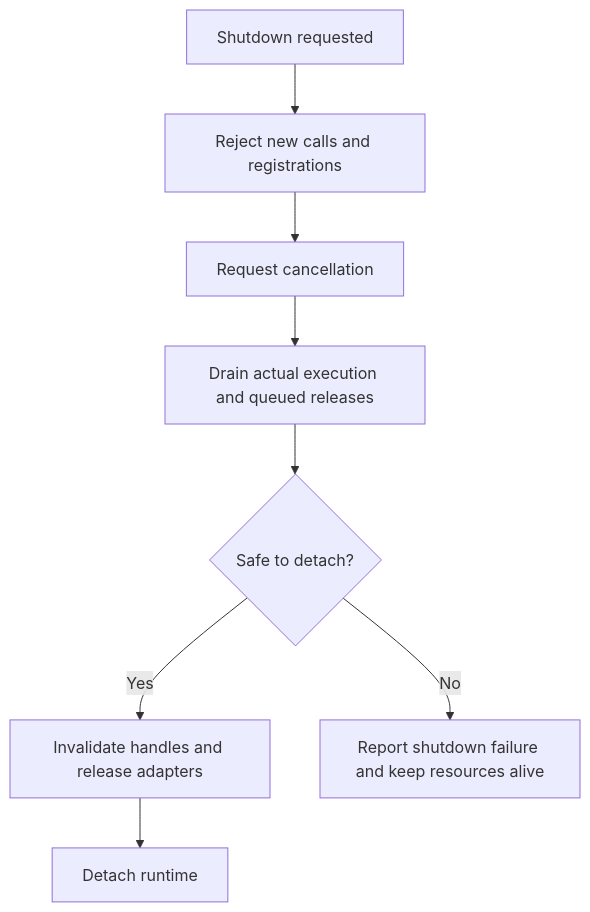
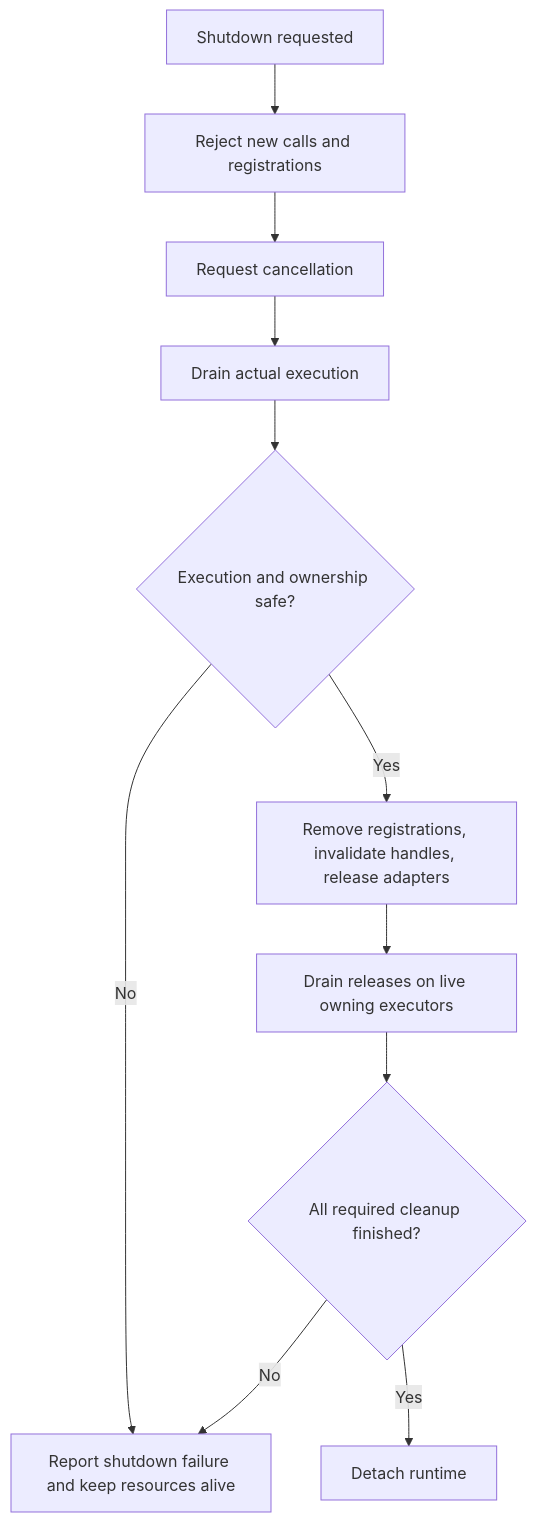
One commit to polyglue/polyglue changed diagram 31 of 39 in PROJECT.md. Above: the diagram before and after it, drawn with Mermaid. The commit also changed other lines of this file and 2 other files, not shown here.

Commit message:
docs: align examples and runtime lifecycle contracts

````diff
--- a/PROJECT.md
+++ b/PROJECT.md
@@ -2896,10 +2906,13 @@
 ```mermaid
 flowchart TD
     A["Shutdown requested"] --> B["Reject new calls and registrations"]
     B --> C["Request cancellation"]
-    C --> D["Drain actual execution and queued releases"]
-    D --> E{"Safe to detach?"}
-    E -->|Yes| F["Invalidate handles and release adapters"]
-    F --> G["Detach runtime"]
+    C --> D["Drain actual execution"]
+    D --> E{"Execution and ownership safe?"}
     E -->|No| X["Report shutdown failure and keep resources alive"]
+    E -->|Yes| F["Remove registrations, invalidate handles, release adapters"]
+    F --> H["Drain releases on live owning executors"]
+    H --> I{"All required cleanup finished?"}
+    I -->|No| X
+    I -->|Yes| G["Detach runtime"]
 ```
````
